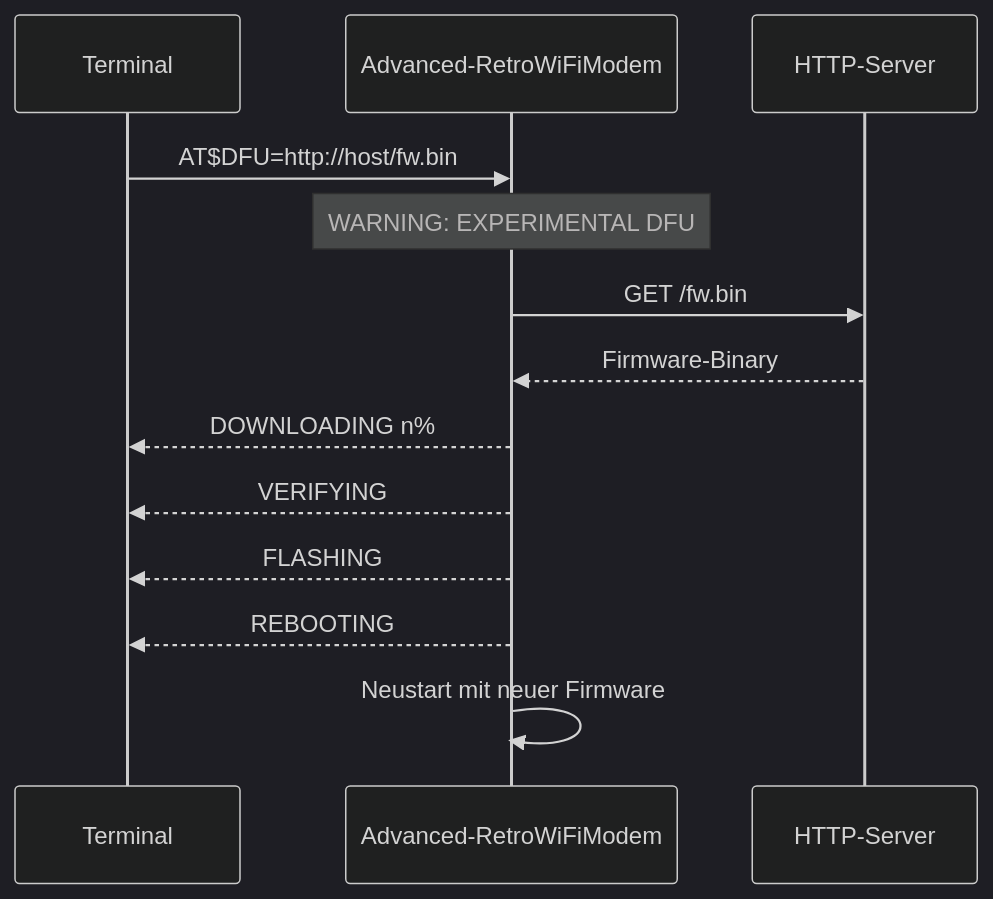
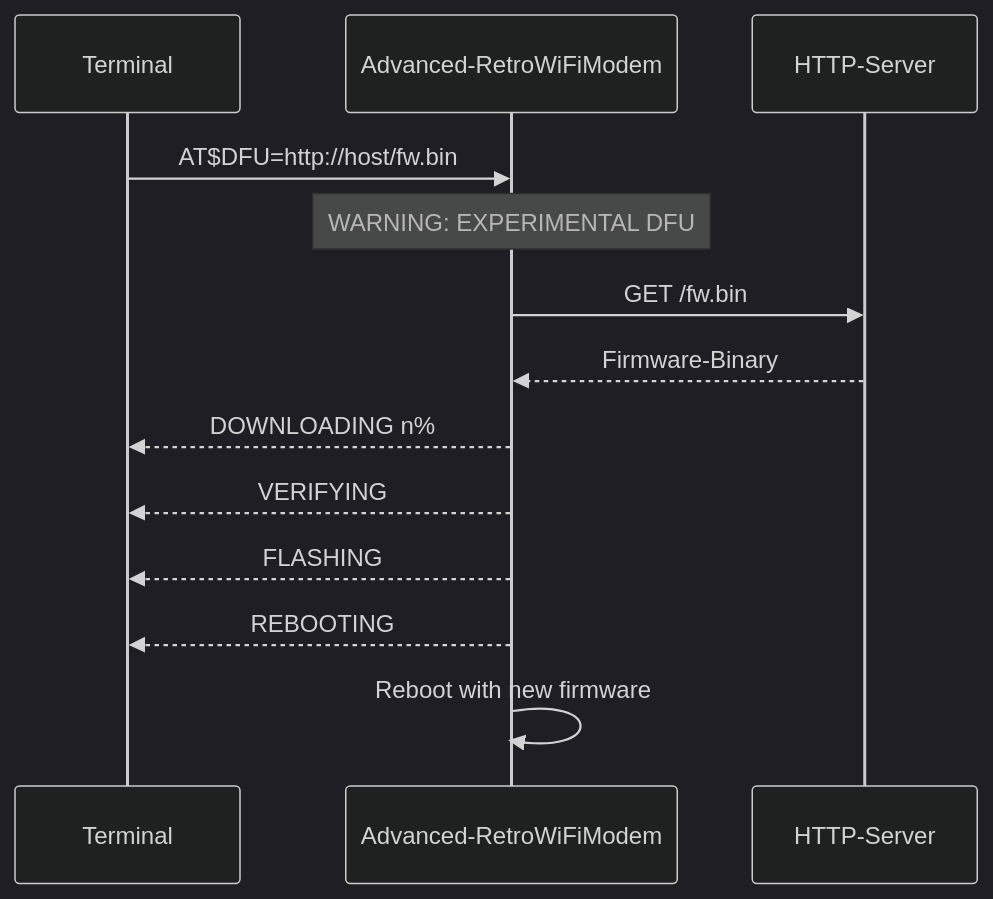
The first of 2 diagrams in README.md (oe3gwu/Advanced-RetroWiFiModem), drawn with Mermaid (dark theme) before and after one commit. The commit also changed other lines of this file, not shown here.

````diff
--- a/README.md
+++ b/README.md
@@ -217,15 +217,15 @@
 ```mermaid
 sequenceDiagram
     participant User as Terminal
     participant Modem as Advanced-RetroWiFiModem
     participant HTTP as HTTP-Server
   User->>Modem: AT$DFU=http://host/fw.bin
   Note over Modem: WARNING: EXPERIMENTAL DFU
   Modem->>HTTP: GET /fw.bin
   HTTP-->>Modem: Firmware-Binary
   Modem-->>User: DOWNLOADING n%
   Modem-->>User: VERIFYING
   Modem-->>User: FLASHING
   Modem-->>User: REBOOTING
-  Modem->>Modem: Neustart mit neuer Firmware
+  Modem->>Modem: Reboot with new firmware
 ```
````
